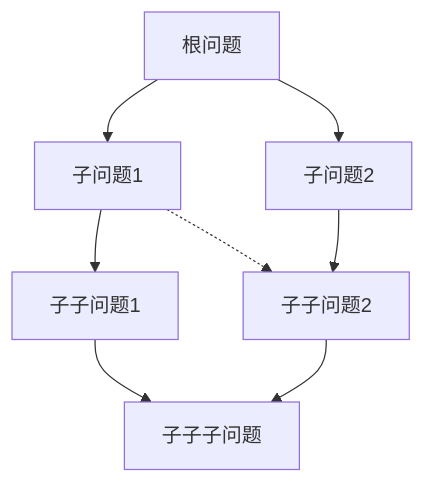
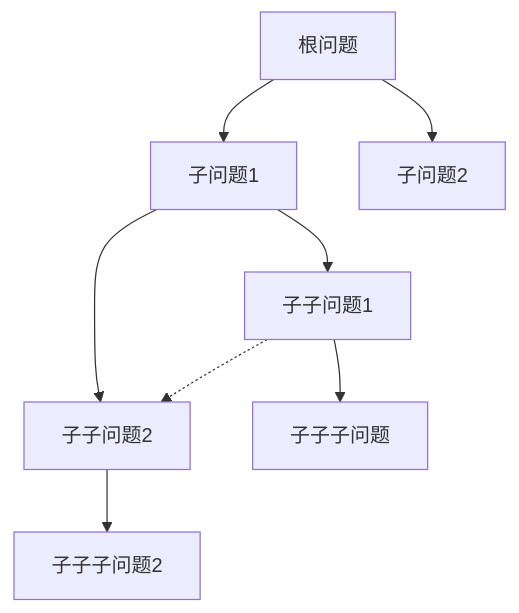
One commit to PGshen/thinking-map changed the diagram in docs/frontend-visual.md. Above: the diagram before and after it, drawn with Mermaid. The commit also changed other lines of this file and 28 other files, not shown here.

````diff
--- a/docs/frontend-visual.md
+++ b/docs/frontend-visual.md
@@ -181,10 +182,10 @@
 ```mermaid
 graph TD
   A["根问题"] --> B["子问题1"]
   A --> C["子问题2"]
   B --> D["子子问题1"]
-  C --> E["子子问题2"]
+  B --> E["子子问题2"]
   D --> F["子子子问题"]
-  E --> F
-  B -.-> E
+  E --> G["子子子问题2"]
+  D -.-> E
 ```
````
